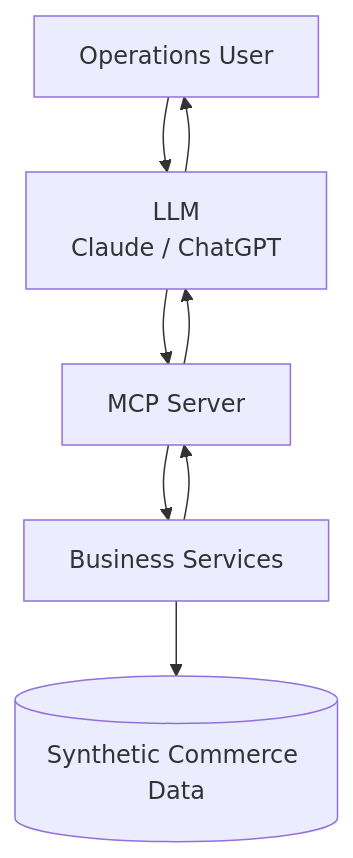
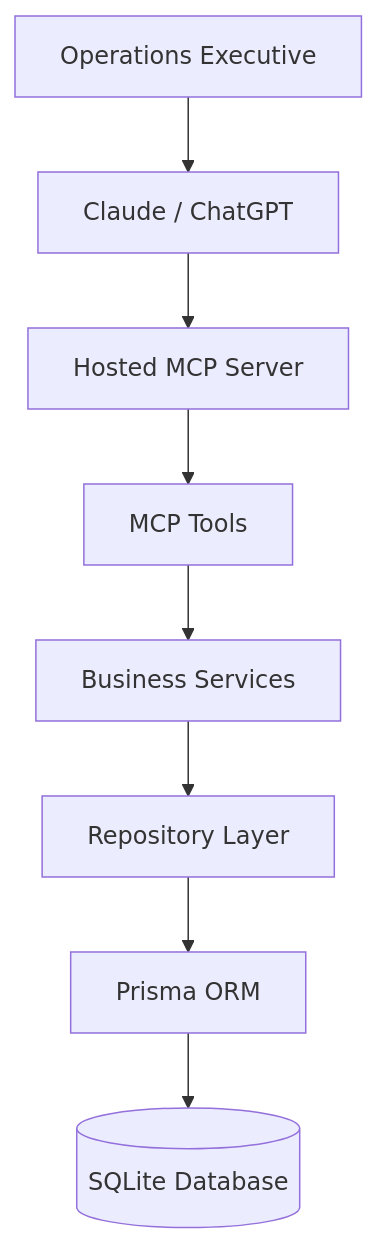
The first of 2 diagrams in MCP/docs/03_architecture.md (Priyaanshuuu/MCP), drawn with Mermaid before and after one commit. The commit also changed other lines of this file and 8 other files, not shown here.

````diff
--- a/MCP/docs/03_architecture.md
+++ b/MCP/docs/03_architecture.md
@@ -15,21 +39,33 @@
 ```mermaid
 flowchart TD
 
-A[Operations User]
+User["Operations Executive"]
 
-B[LLM<br/>Claude / ChatGPT]
+LLM["Claude / ChatGPT"]
 
-C[MCP Server]
+MCP["Hosted MCP Server"]
 
-D[Business Services]
+TOOLS["MCP Tools"]
 
-E[(Synthetic Commerce Data)]
+SERVICES["Business Services"]
 
-A --> B
-B --> C
-C --> D
-D --> E
-D --> C
-C --> B
-B --> A
+REPOS["Repository Layer"]
+
+PRISMA["Prisma ORM"]
+
+DB[("SQLite Database")]
+
+User --> LLM
+
+LLM --> MCP
+
+MCP --> TOOLS
+
+TOOLS --> SERVICES
+
+SERVICES --> REPOS
+
+REPOS --> PRISMA
+
+PRISMA --> DB
 ```
````
